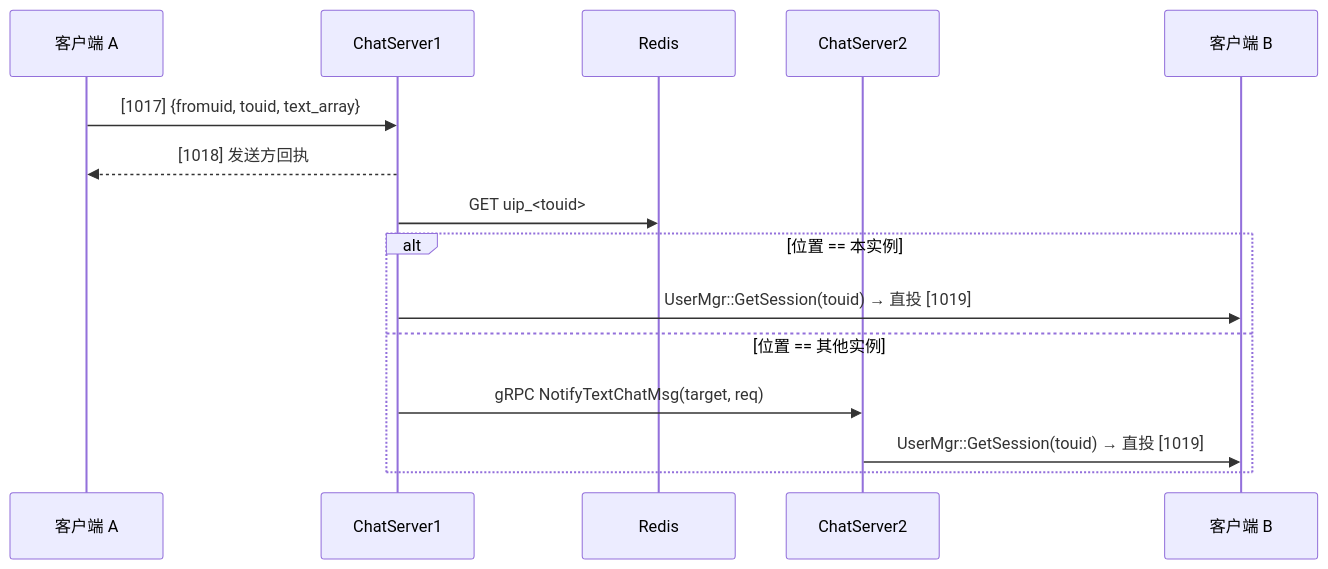
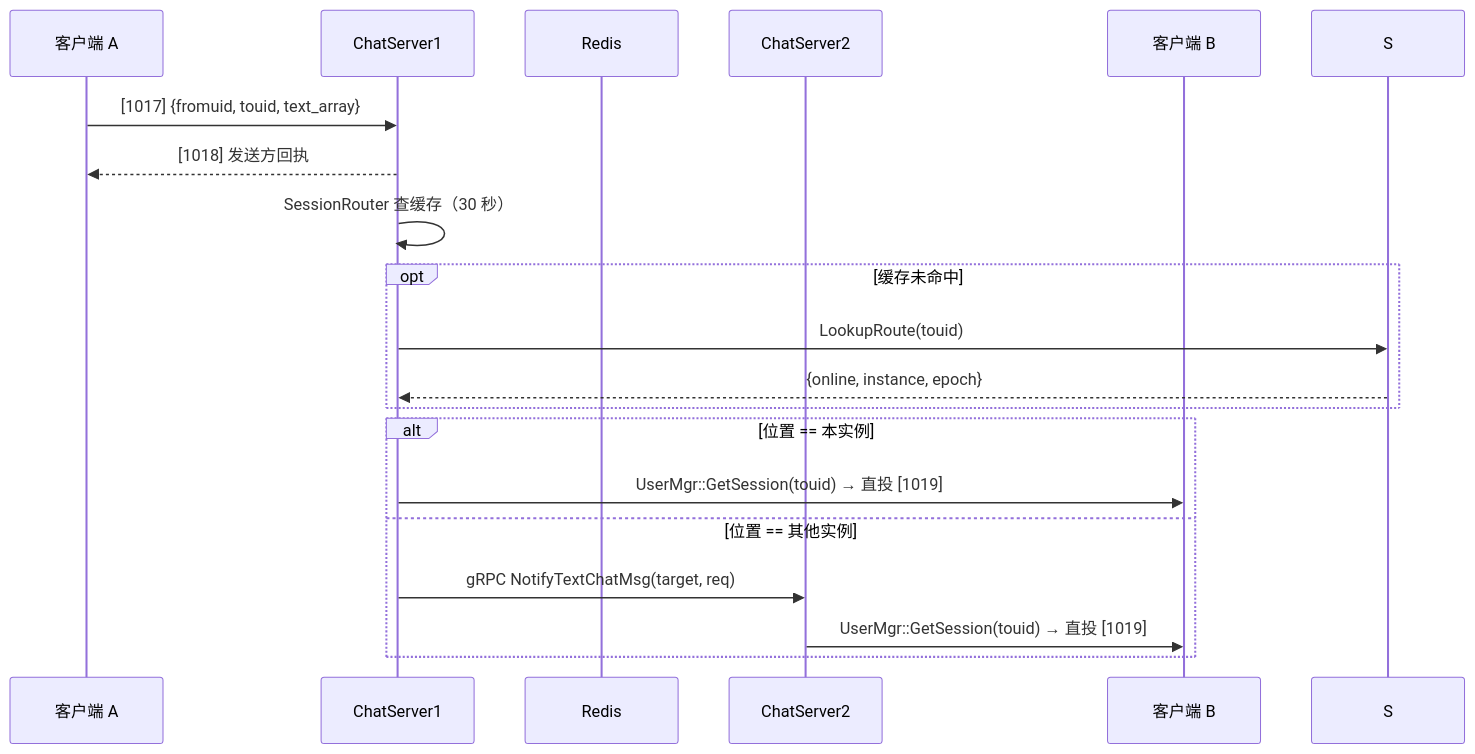
The fourth of 5 diagrams in docs/01-architecture.md (yrc920/yunjian), drawn with Mermaid before and after one commit. The commit also changed other lines of this file and 73 other files, not shown here.

````diff
--- a/docs/01-architecture.md
+++ b/docs/01-architecture.md
@@ -176,18 +181,22 @@
 ```mermaid
 sequenceDiagram
     participant A as 客户端 A
     participant C1 as ChatServer1
     participant R as Redis
     participant C2 as ChatServer2
     participant B as 客户端 B
 
     A->>C1: [1017] {fromuid, touid, text_array}
     C1-->>A: [1018] 发送方回执
-    C1->>R: GET uip_#lt;touid#gt;
+    C1->>C1: SessionRouter 查缓存（30 秒）
+    opt 缓存未命中
+        C1->>S: LookupRoute(touid)
+        S-->>C1: {online, instance, epoch}
+    end
     alt 位置 == 本实例
         C1->>B: UserMgr::GetSession(touid) → 直投 [1019]
     else 位置 == 其他实例
         C1->>C2: gRPC NotifyTextChatMsg(target, req)
         C2->>B: UserMgr::GetSession(touid) → 直投 [1019]
     end
 ```
````
